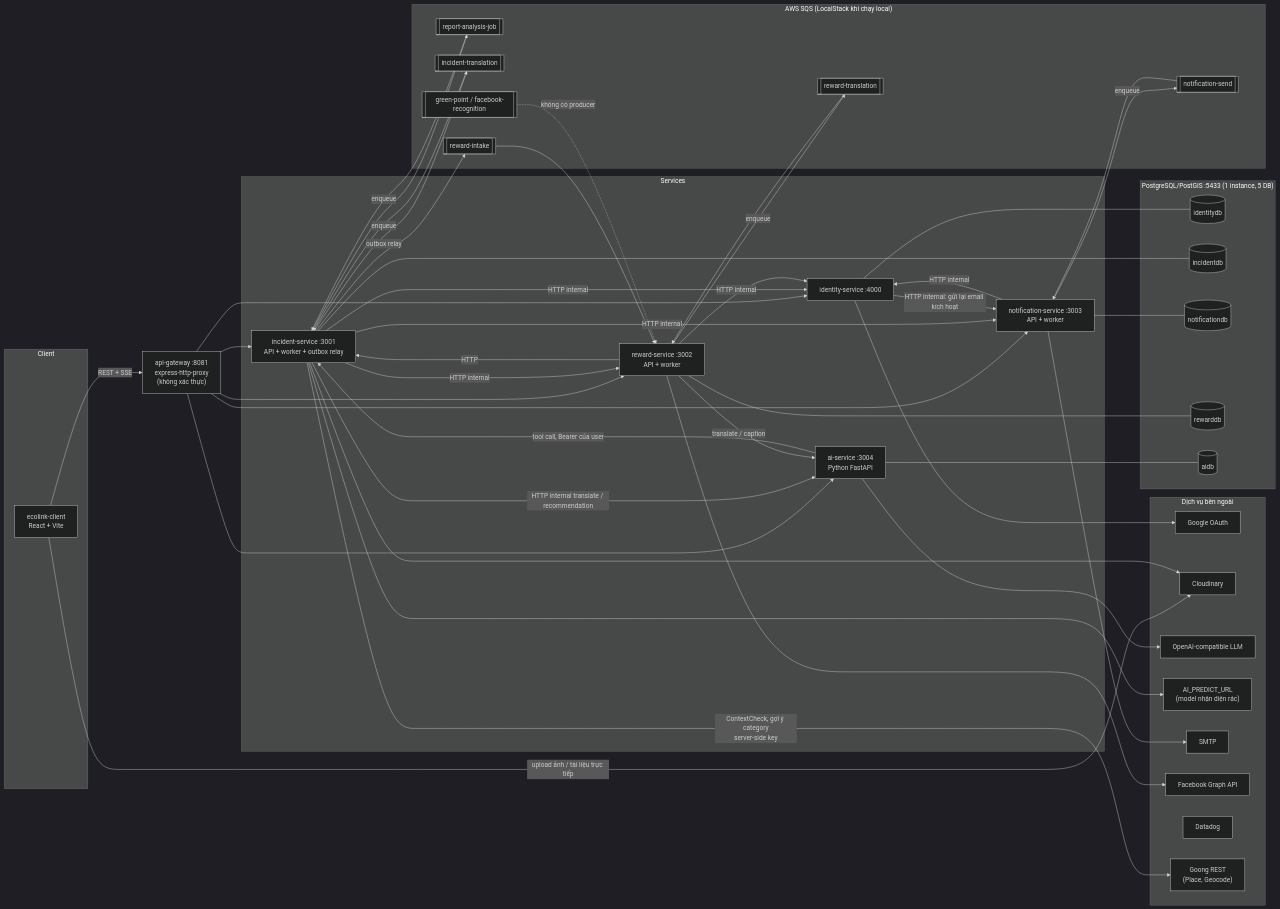
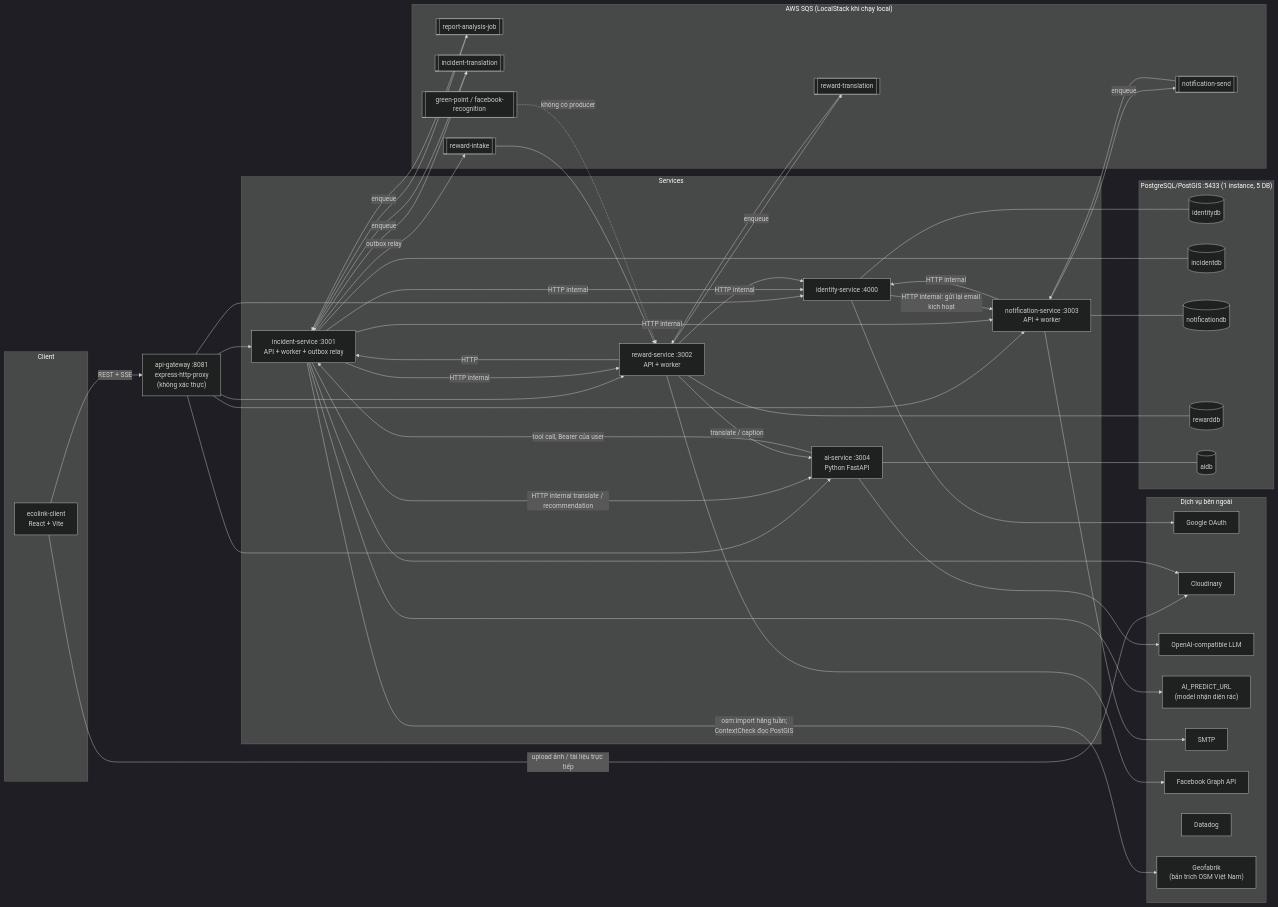
Before and after one commit to DOAN2-UQT-KN/ecolink-docs: the diagram in 00-overview.md, drawn with Mermaid (dark theme). The commit also changed 6 other files, not shown here.

Commit message:
docs: ContextCheck dùng dữ liệu OpenStreetMap trong PostGIS thay Goong (specs/012)

```diff
--- a/00-overview.md
+++ b/00-overview.md
@@ -95,7 +95,7 @@
     SMTP["SMTP"]
     FB["Facebook Graph API"]
     DD["Datadog"]
-    GOONG["Goong REST<br/>(Place, Geocode)"]
+    GEOFAB["Geofabrik<br/>(bản trích OSM Việt Nam)"]
   end
 
   WEB -->|REST + SSE| GW
@@ -108,7 +108,7 @@
   RW --- RDB
   AI --- AIDB
 
-  INC -->|ContextCheck, gợi ý category<br/>server-side key| GOONG
+  INC -->|osm:import hằng tuần;<br/>ContextCheck đọc PostGIS| GEOFAB
   INC -->|enqueue| Q1 & Q2
   Q1 --> INC
   Q2 --> INC
```
